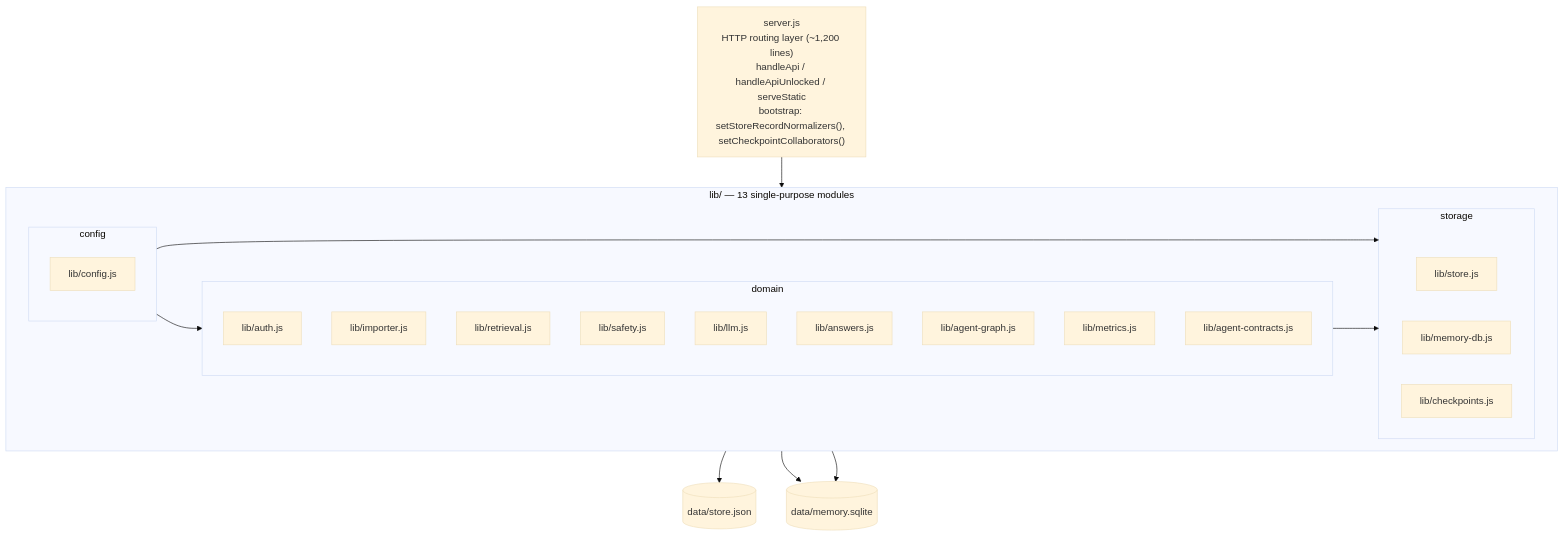
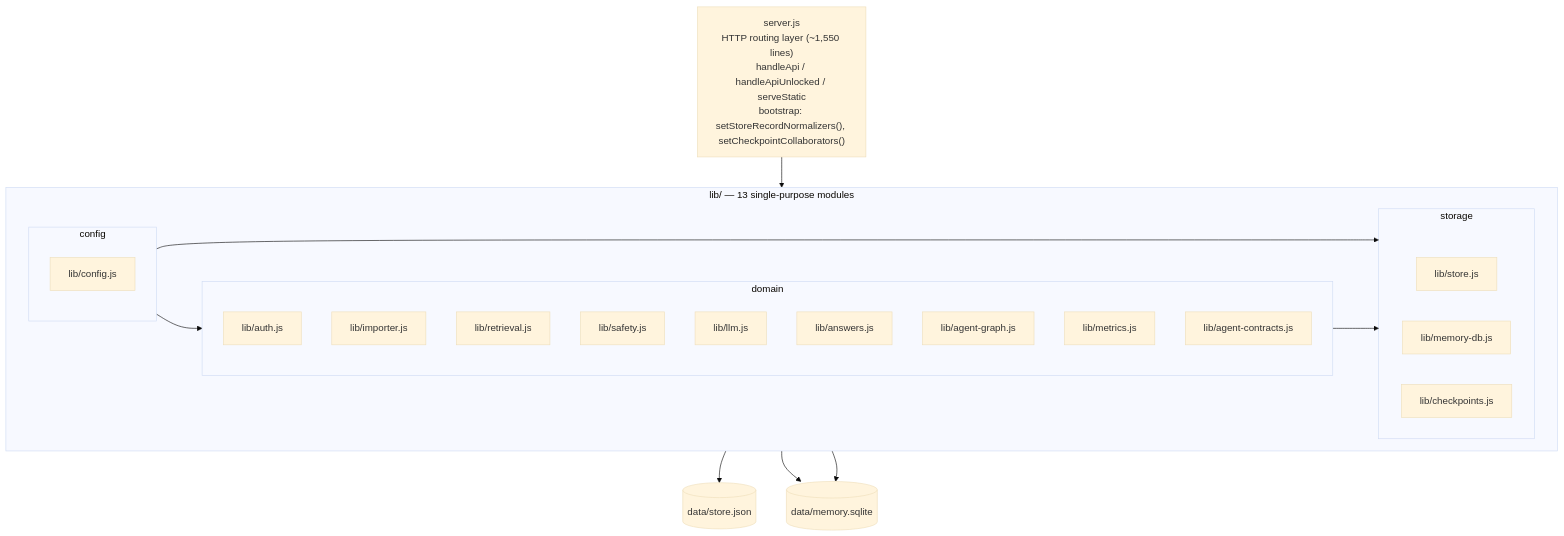
The first of 2 diagrams in README.md (yuk1no4090/Repomentor), drawn with Mermaid (base theme) before and after one commit. The commit also changed other lines of this file and 7 other files, not shown here.

````diff
--- a/README.md
+++ b/README.md
@@ -34,38 +34,38 @@
 ```mermaid
 flowchart TD
-    HTTP["server.js<br/>HTTP routing layer (~1,200 lines)<br/>handleApi / handleApiUnlocked / serveStatic<br/>bootstrap: setStoreRecordNormalizers(), setCheckpointCollaborators()"]
+    HTTP["server.js<br/>HTTP routing layer (~1,550 lines)<br/>handleApi / handleApiUnlocked / serveStatic<br/>bootstrap: setStoreRecordNormalizers(), setCheckpointCollaborators()"]
 
     subgraph LIB["lib/ — 13 single-purpose modules"]
         direction LR
         subgraph CFG["config"]
             C1["lib/config.js"]
         end
         subgraph STORE["storage"]
             S1["lib/store.js"]
             S2["lib/memory-db.js"]
             S3["lib/checkpoints.js"]
         end
         subgraph DOMAIN["domain"]
             D1["lib/auth.js"]
             D2["lib/importer.js"]
             D3["lib/retrieval.js"]
             D4["lib/safety.js"]
             D5["lib/llm.js"]
             D6["lib/answers.js"]
             D7["lib/agent-graph.js"]
             D8["lib/metrics.js"]
             D9["lib/agent-contracts.js"]
         end
     end
 
     DATA1[("data/store.json")]
     DATA2[("data/memory.sqlite")]
 
     HTTP --> LIB
     CFG --> STORE
     CFG --> DOMAIN
     DOMAIN --> STORE
     S1 --> DATA1
     S2 --> DATA2
     S3 --> DATA2
 ```
````
